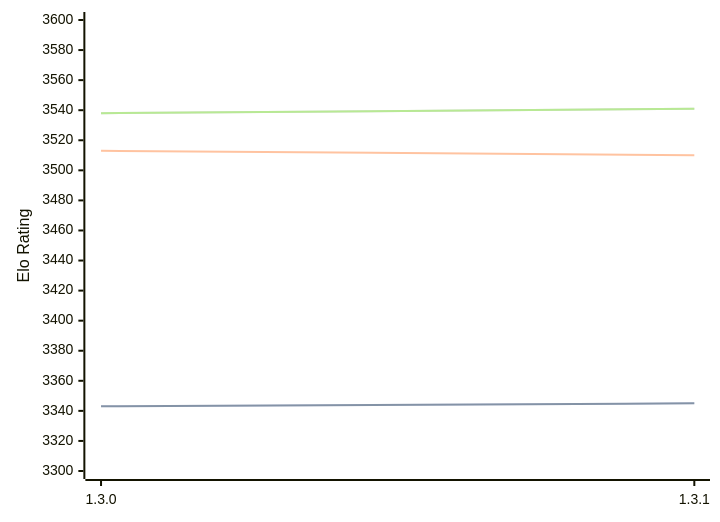
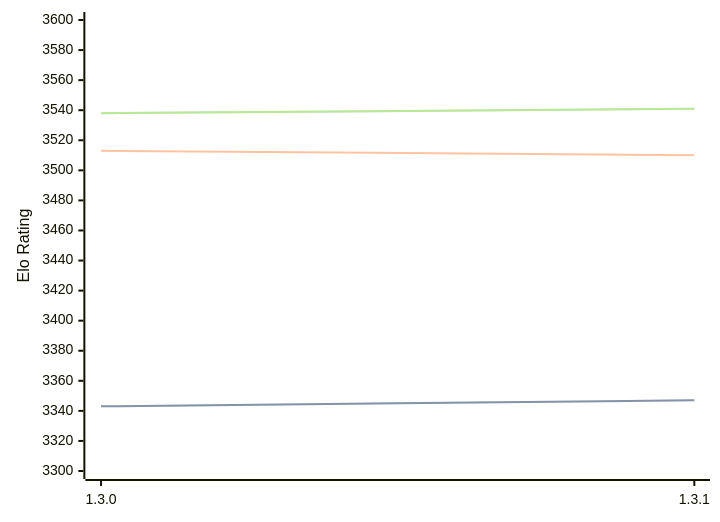
One commit to computer-chess-index/cci changed the diagram in engines/Renegade.md. Above: the diagram before and after it, drawn with Mermaid. The commit also changed other lines of this file, not shown here.

````diff
--- a/engines/Renegade.md
+++ b/engines/Renegade.md
@@ -33,11 +33,11 @@
 ```mermaid
 %%{init: {"theme":"base","themeVariables":{"seriesColors:['#a3a3a3','#222221','#faa371']}}}%%
 xychart-beta
   x-axis ["1.3.0", "1.3.1"]
   y-axis "Elo Rating" 3300 --> 3600
-  line "" [3343, 3345]
-  line "STC (8.0+0.08s)" [3343, 3345]
+  line "" [3343, 3347]
+  line "STC (8.0+0.08s)" [3343, 3347]
   line "LTC (60.0+0.60s)" [3513, 3510]
   line "" [3538, 3541]
   line "VLTC (2m24s+1.12s)" [3538, 3541]
 ```
````
